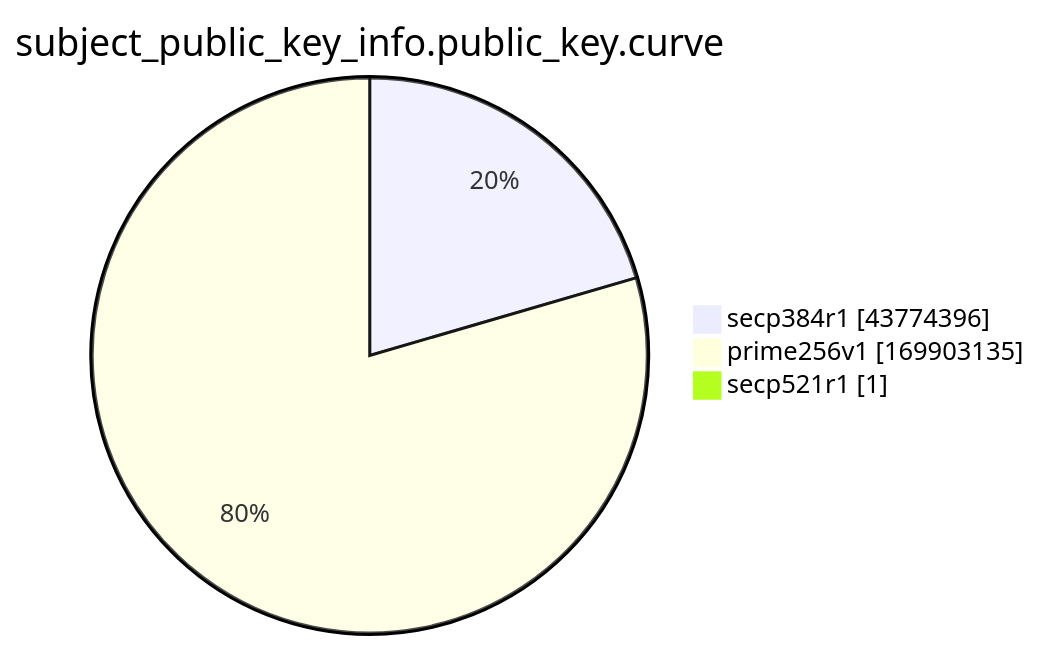
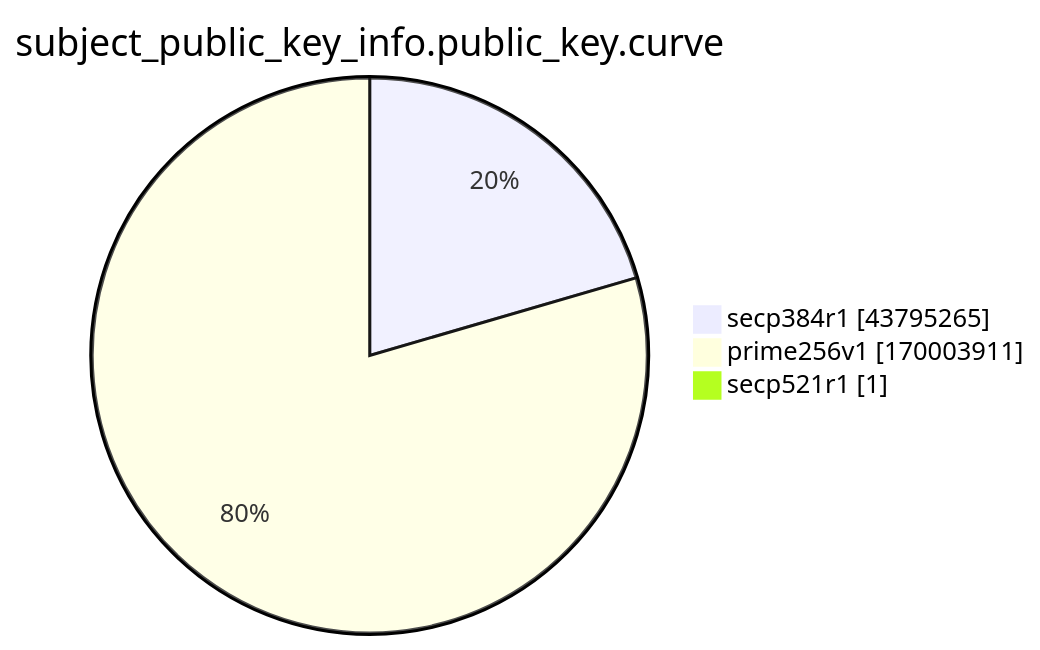
Before and after one commit to christiankrug/ctmonitor_visualization: the ninth of 15 diagrams in xenon2022/README.md, drawn with Mermaid. The commit also changed other lines of this file, not shown here.

````diff
--- a/xenon2022/README.md
+++ b/xenon2022/README.md
@@ -2871,7 +2871,7 @@
 ```mermaid
 pie showData
 title subject_public_key_info.public_key.curve
-"secp384r1" :43774396
-"prime256v1" :169903135
+"secp384r1" :43795265
+"prime256v1" :170003911
 "secp521r1" :1
 ```
````
